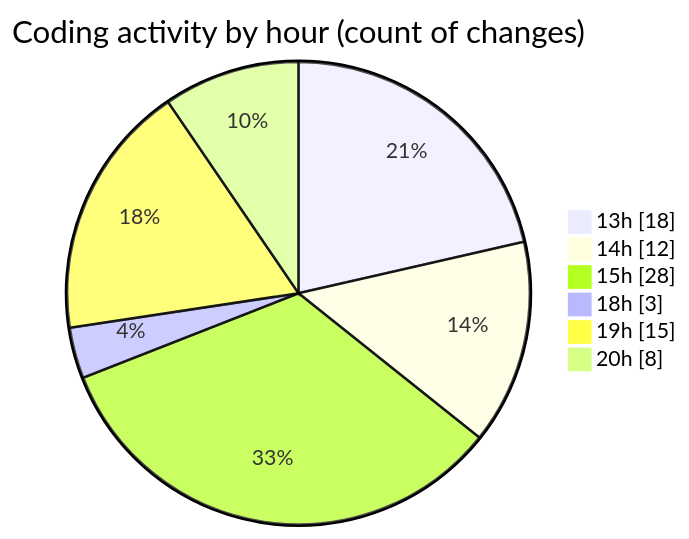
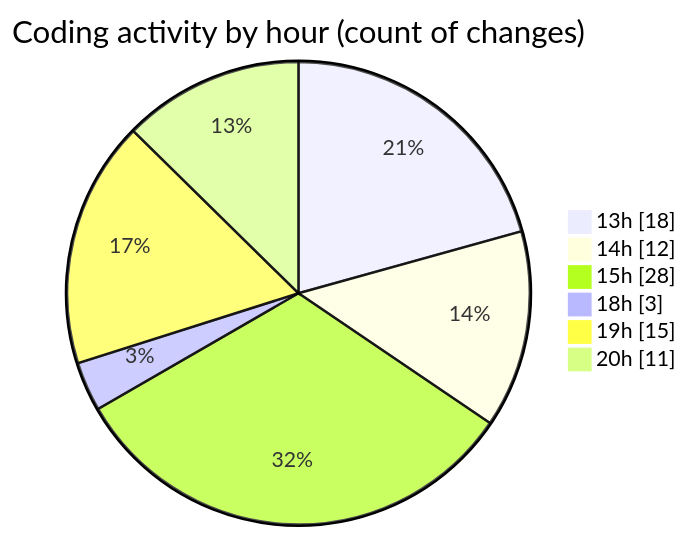
The second of 2 diagrams in 2025-06-16/studio-backend/README.md (idhammustaqopulfikri/code-tracking), drawn with Mermaid before and after one commit. The commit also changed other lines of this file and 1 other file, not shown here.

````diff
--- a/2025-06-16/studio-backend/README.md
+++ b/2025-06-16/studio-backend/README.md
@@ -45,10 +45,10 @@
 ```mermaid
 pie showData
 title Coding activity by hour (count of changes)
 "13h" : 18
 "14h" : 12
 "15h" : 28
 "18h" : 3
 "19h" : 15
-"20h" : 8
+"20h" : 11
 ```
````
